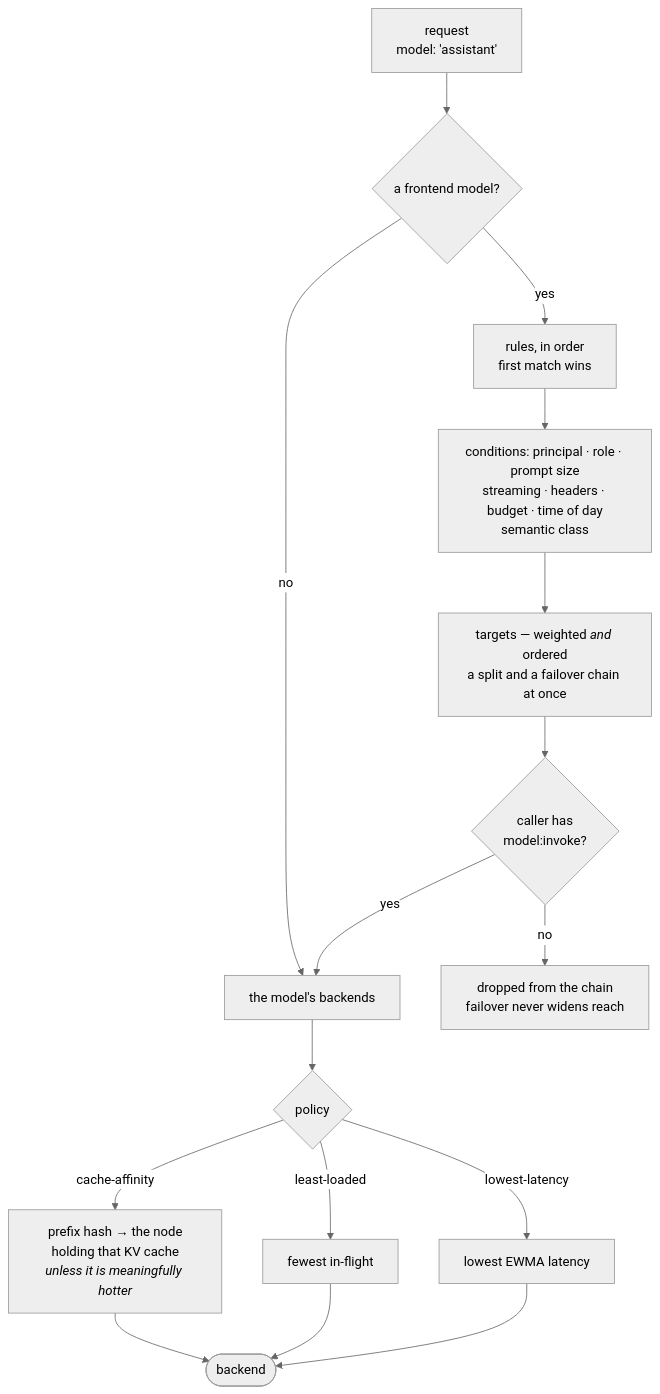
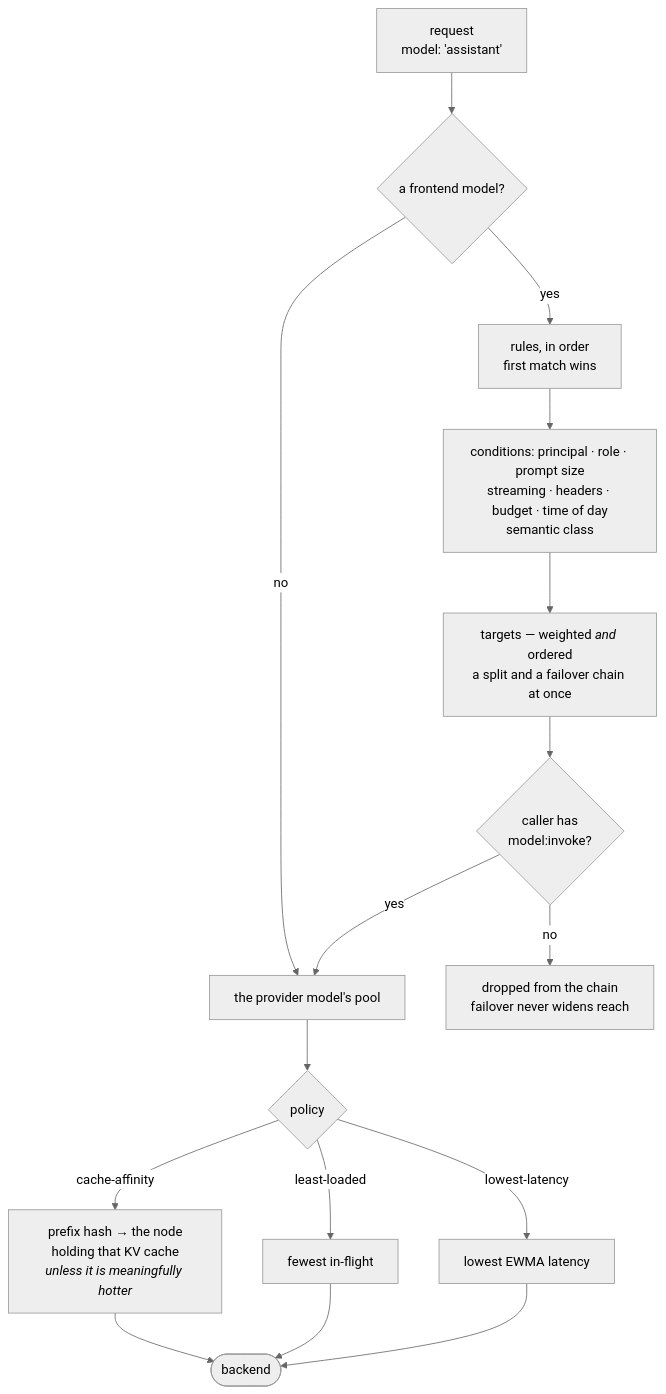
One commit to azrtydxb/Fastllm-proxy changed the diagram in docs/features.md. Above: the diagram before and after it, drawn with Mermaid (neutral theme). The commit also changed other lines of this file and 4 other files, not shown here.

````diff
--- a/docs/features.md
+++ b/docs/features.md
@@ -79,18 +79,18 @@
 ```mermaid
 flowchart TD
     R["request<br/>model: 'assistant'"] --> V{"a frontend model?"}
     V -->|no| POOL
     V -->|yes| RULES["rules, in order<br/>first match wins"]
     RULES --> CND["conditions: principal · role · prompt size<br/>streaming · headers · budget · time of day<br/>semantic class"]
     CND --> T["targets — weighted <i>and</i> ordered<br/>a split and a failover chain at once"]
     T --> GRANT{"caller has<br/>model:invoke?"}
     GRANT -->|no| DROP["dropped from the chain<br/>failover never widens reach"]
-    GRANT -->|yes| POOL["the model's backends"]
+    GRANT -->|yes| POOL["the provider model's pool"]
     POOL --> POL{"policy"}
     POL -->|cache-affinity| AFF["prefix hash → the node<br/>holding that KV cache<br/><i>unless it is meaningfully hotter</i>"]
     POL -->|least-loaded| LL["fewest in-flight"]
     POL -->|lowest-latency| LAT["lowest EWMA latency"]
     AFF --> B([backend])
     LL --> B
     LAT --> B
 ```
````
